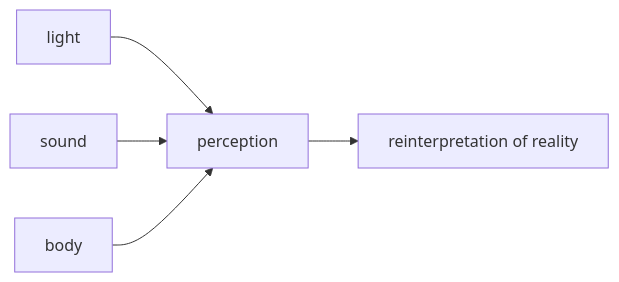
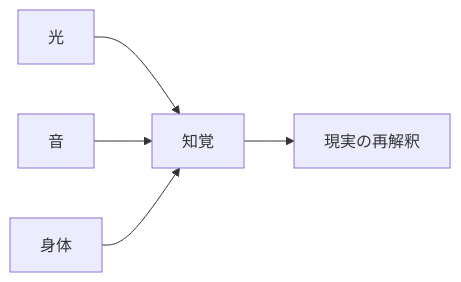
One commit to monumental-movement/monumental-movement.github.io changed the diagram in en/_posts/2026-04-25-column-olafur-eliasson.md. Above: the diagram before and after it, drawn with Mermaid. The commit also changed other lines of this file and 2196 other files, not shown here.

```diff
--- a/en/_posts/2026-04-25-column-olafur-eliasson.md
+++ b/en/_posts/2026-04-25-column-olafur-eliasson.md
@@ -146,7 +145,7 @@
 <div class="mermaid">
 flowchart LR
-A[light] --> D[perception]
-B[sound] --> D
-C[body] --> D
-D --> E[reinterpretation of reality]
+A[光] --> D[知覚]
+B[音] --> D
+C[身体] --> D
+D --> E[現実の再解釈]
 </div>
```
